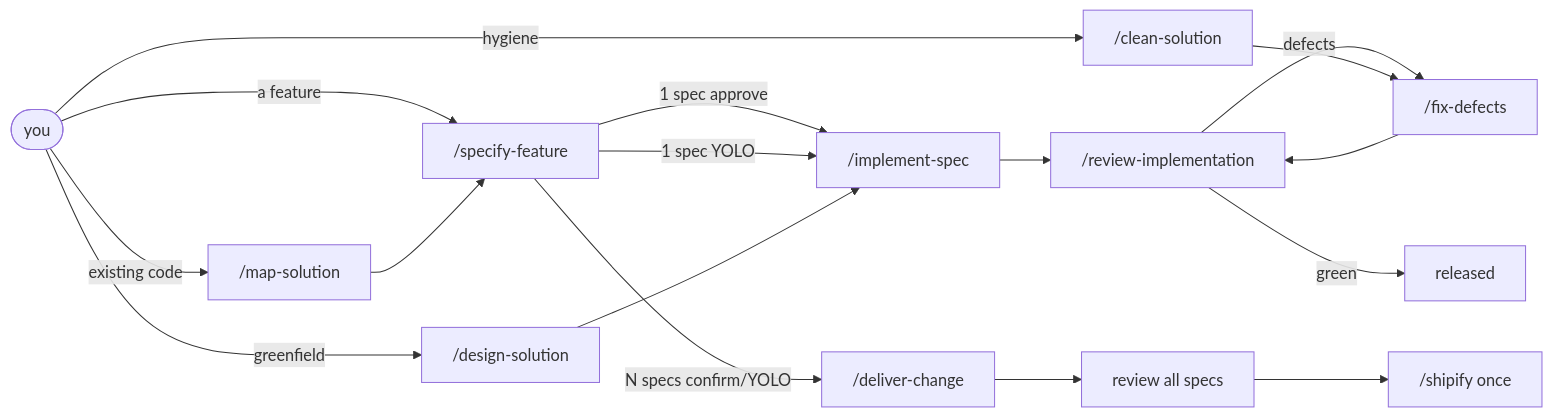
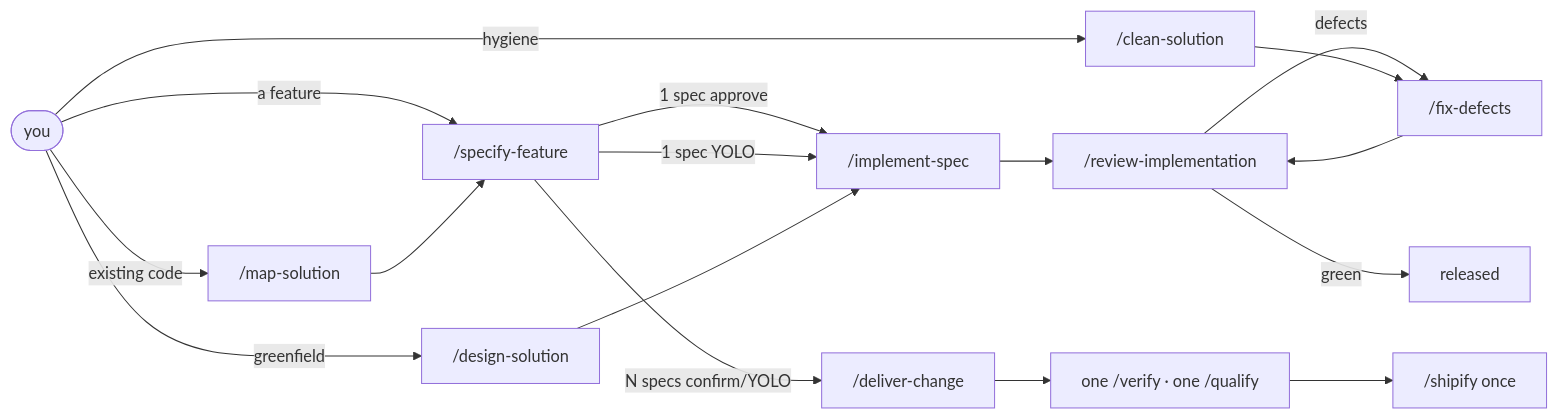
One commit to AIDDbot/AIDDbot changed the first of 5 diagrams in docs/AIDD.workflow.md. Above: the diagram before and after it, drawn with Mermaid. The commit also changed other lines of this file and 11 other files, not shown here.

````diff
--- a/docs/AIDD.workflow.md
+++ b/docs/AIDD.workflow.md
@@ -39,20 +39,20 @@
 ```mermaid
 flowchart LR
   YOU([you])
   YOU -->|existing code| MAP["/map-solution"]
   YOU -->|greenfield| DES["/design-solution"]
   YOU -->|a feature| FEAT["/specify-feature"]
   MAP --> FEAT
   FEAT -->|1 spec approve| IMP["/implement-spec"]
   FEAT -->|1 spec YOLO| IMP
   FEAT -->|N specs confirm/YOLO| DEL["/deliver-change"]
   DES --> IMP
   IMP --> REV["/review-implementation"]
-  DEL --> REVB[review all specs]
+  DEL --> REVB["one /verify · one /qualify"]
   REVB --> SHIP["/shipify once"]
   REV -->|defects| FIX["/fix-defects"]
   FIX --> REV
   REV -->|green| REL[released]
   YOU -->|hygiene| CLEAN["/clean-solution"]
   CLEAN --> FIX
 ```
````
